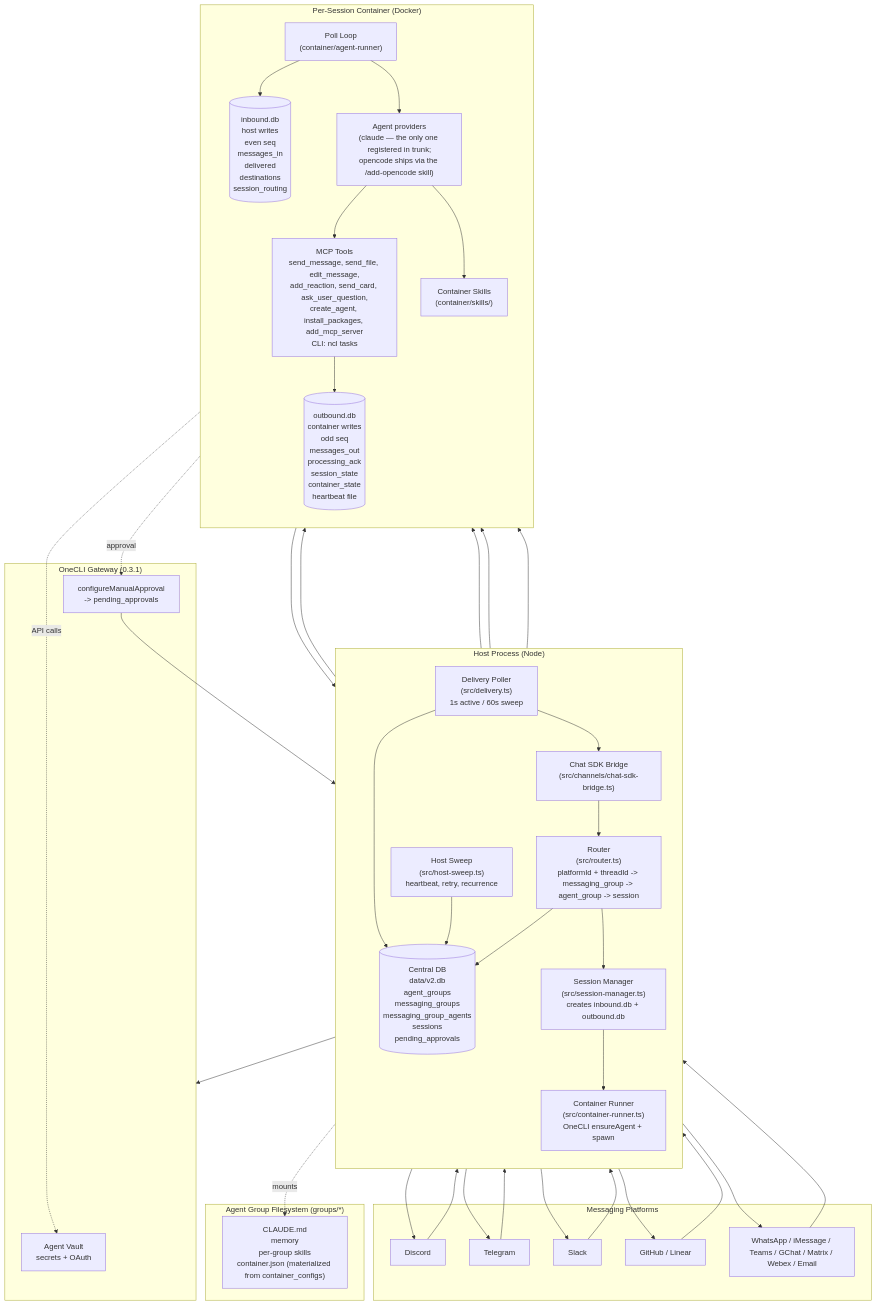
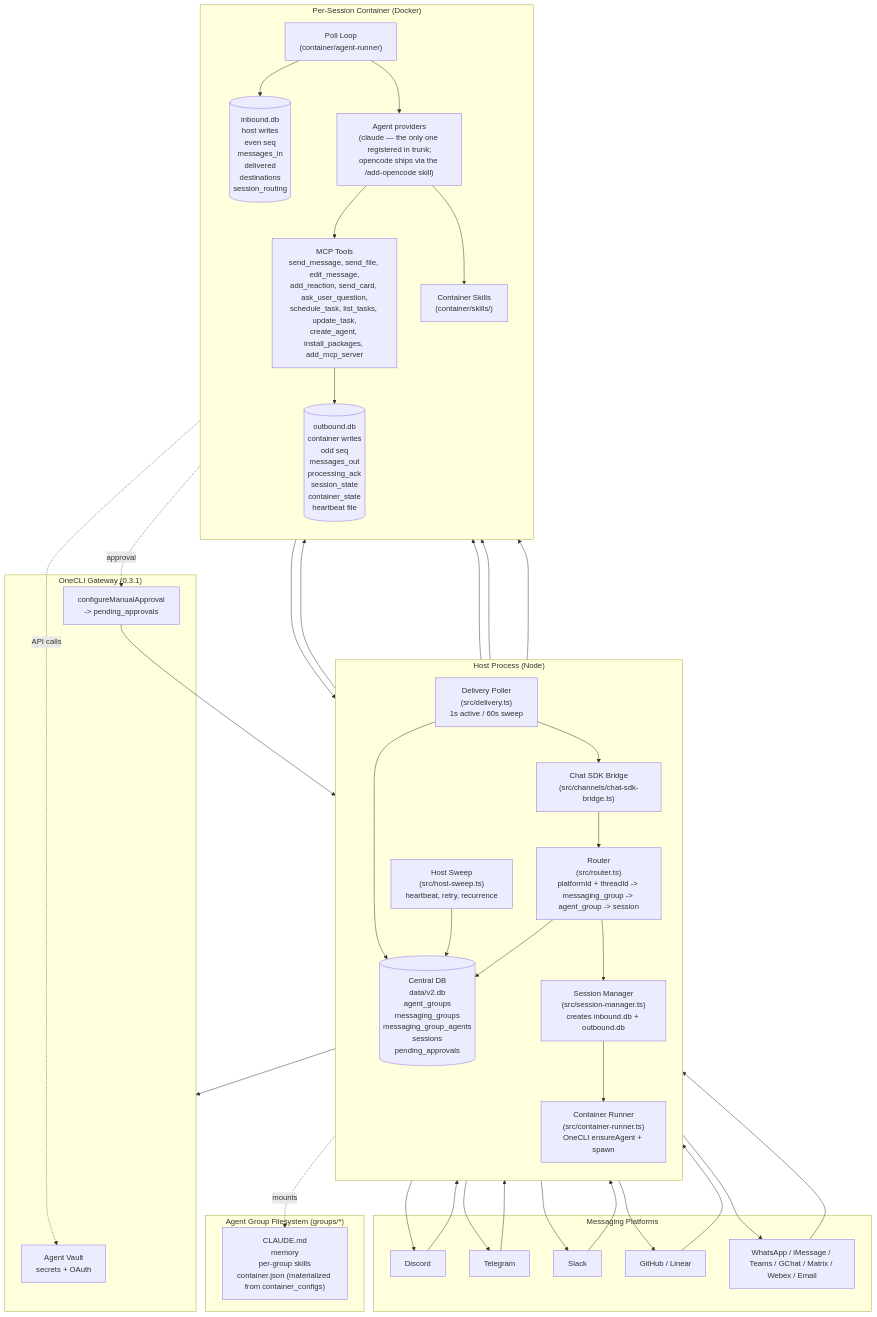
Before and after one commit to teddyhwang/nanoclaw: the first of 5 diagrams in docs/architecture-diagram.md, drawn with Mermaid. The commit also changed 27 other files, not shown here.

````diff
--- a/docs/architecture-diagram.md
+++ b/docs/architecture-diagram.md
@@ -5,65 +5,65 @@
 ```mermaid
 flowchart TB
   subgraph Platforms["Messaging Platforms"]
     P1[Discord]
     P2[Telegram]
     P3[Slack]
     P4[GitHub / Linear]
     P5[WhatsApp / iMessage / Teams / GChat / Matrix / Webex / Email]
   end
 
   subgraph Host["Host Process (Node)"]
     direction TB
     Bridge["Chat SDK Bridge<br/>(src/channels/chat-sdk-bridge.ts)"]
     Router["Router<br/>(src/router.ts)<br/>platformId + threadId -> messaging_group -> agent_group -> session"]
     SessMgr["Session Manager<br/>(src/session-manager.ts)<br/>creates inbound.db + outbound.db"]
     Runner["Container Runner<br/>(src/container-runner.ts)<br/>OneCLI ensureAgent + spawn"]
     Delivery["Delivery Poller<br/>(src/delivery.ts)<br/>1s active / 60s sweep"]
     Sweep["Host Sweep<br/>(src/host-sweep.ts)<br/>heartbeat, retry, recurrence"]
     Central[("Central DB<br/>data/v2.db<br/>agent_groups<br/>messaging_groups<br/>messaging_group_agents<br/>sessions<br/>pending_approvals")]
   end
 
   subgraph OneCLI["OneCLI Gateway (0.3.1)"]
     Vault["Agent Vault<br/>secrets + OAuth"]
     Approvals["configureManualApproval<br/>-> pending_approvals"]
   end
 
   subgraph Session["Per-Session Container (Docker)"]
     direction TB
     PollLoop["Poll Loop<br/>(container/agent-runner)"]
     Provider["Agent providers<br/>(claude — the only one registered in trunk;<br/>opencode ships via the /add-opencode skill)"]
-    MCP["MCP Tools<br/>send_message, send_file, edit_message,<br/>add_reaction, send_card, ask_user_question,<br/>create_agent, install_packages, add_mcp_server<br/>CLI: ncl tasks"]
+    MCP["MCP Tools<br/>send_message, send_file, edit_message,<br/>add_reaction, send_card, ask_user_question,<br/>schedule_task, list_tasks, update_task,<br/>create_agent, install_packages, add_mcp_server"]
     Skills["Container Skills<br/>(container/skills/)"]
     InDB[("inbound.db<br/>host writes<br/>even seq<br/>messages_in<br/>delivered<br/>destinations<br/>session_routing")]
     OutDB[("outbound.db<br/>container writes<br/>odd seq<br/>messages_out<br/>processing_ack<br/>session_state<br/>container_state<br/>heartbeat file")]
   end
 
   subgraph Groups["Agent Group Filesystem (groups/*)"]
     Folder["CLAUDE.md<br/>memory<br/>per-group skills<br/>container.json (materialized from container_configs)"]
   end
 
   P1 & P2 & P3 & P4 & P5 --> Bridge
   Bridge --> Router
   Router --> Central
   Router --> SessMgr
   SessMgr --> InDB
   SessMgr --> Runner
   Runner --> OneCLI
   Runner --> PollLoop
   PollLoop --> InDB
   PollLoop --> Provider
   Provider --> MCP
   Provider --> Skills
   MCP --> OutDB
   OutDB --> Delivery
   Delivery --> Central
   Delivery --> Bridge
   Bridge --> P1 & P2 & P3 & P4 & P5
   Sweep --> InDB
   Sweep --> OutDB
   Sweep --> Central
   Runner -.mounts.-> Folder
   MCP -.approval.-> Approvals
   Approvals --> Central
   Provider -.API calls.-> Vault
 ```
````
